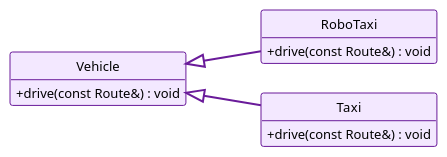
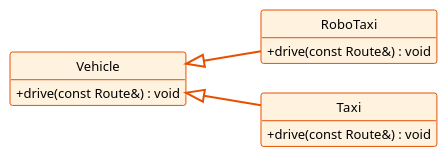
Before and after one commit to zeidk/enpm702-fall-2026-cpp: the diagram in project/week9/uml/model_l9_drive.plantuml, drawn with PlantUML. The commit also changed 28 other files, not shown here.

First line of the commit message:
week9: RoboTaxi zone and automation level, find and erase_if examples, new slide numbers

```diff
--- a/project/week9/uml/model_l9_drive.plantuml
+++ b/project/week9/uml/model_l9_drive.plantuml
@@ -1,30 +1,30 @@
 @startuml model_l9_drive
 ' Generated for the slides.
 !theme mono
 skinparam backgroundColor white
 skinparam defaultFontName "Fira Sans"
 skinparam defaultFontSize 13
 skinparam shadowing false
 skinparam classAttributeIconSize 0
 skinparam nodesep 30
 skinparam ranksep 75
 skinparam ArrowThickness 1.5
 hide circle
 hide empty members
 
 
 left to right direction
 
-class Vehicle #back:F3E8FF;line:6A1B9A;text:000000 {
+class Vehicle #back:FFF3E0;line:E65100;text:000000 {
   + drive(const Route&) : void
 }
-class RoboTaxi #back:F3E8FF;line:6A1B9A;text:000000 {
+class RoboTaxi #back:FFF3E0;line:E65100;text:000000 {
   + drive(const Route&) : void
 }
-class Taxi #back:F3E8FF;line:6A1B9A;text:000000 {
+class Taxi #back:FFF3E0;line:E65100;text:000000 {
   + drive(const Route&) : void
 }
 
-Vehicle <|-[#6A1B9A,thickness=2]- RoboTaxi
-Vehicle <|-[#6A1B9A,thickness=2]- Taxi
+Vehicle <|-[#E65100,thickness=2]- RoboTaxi
+Vehicle <|-[#E65100,thickness=2]- Taxi
 @enduml
```
